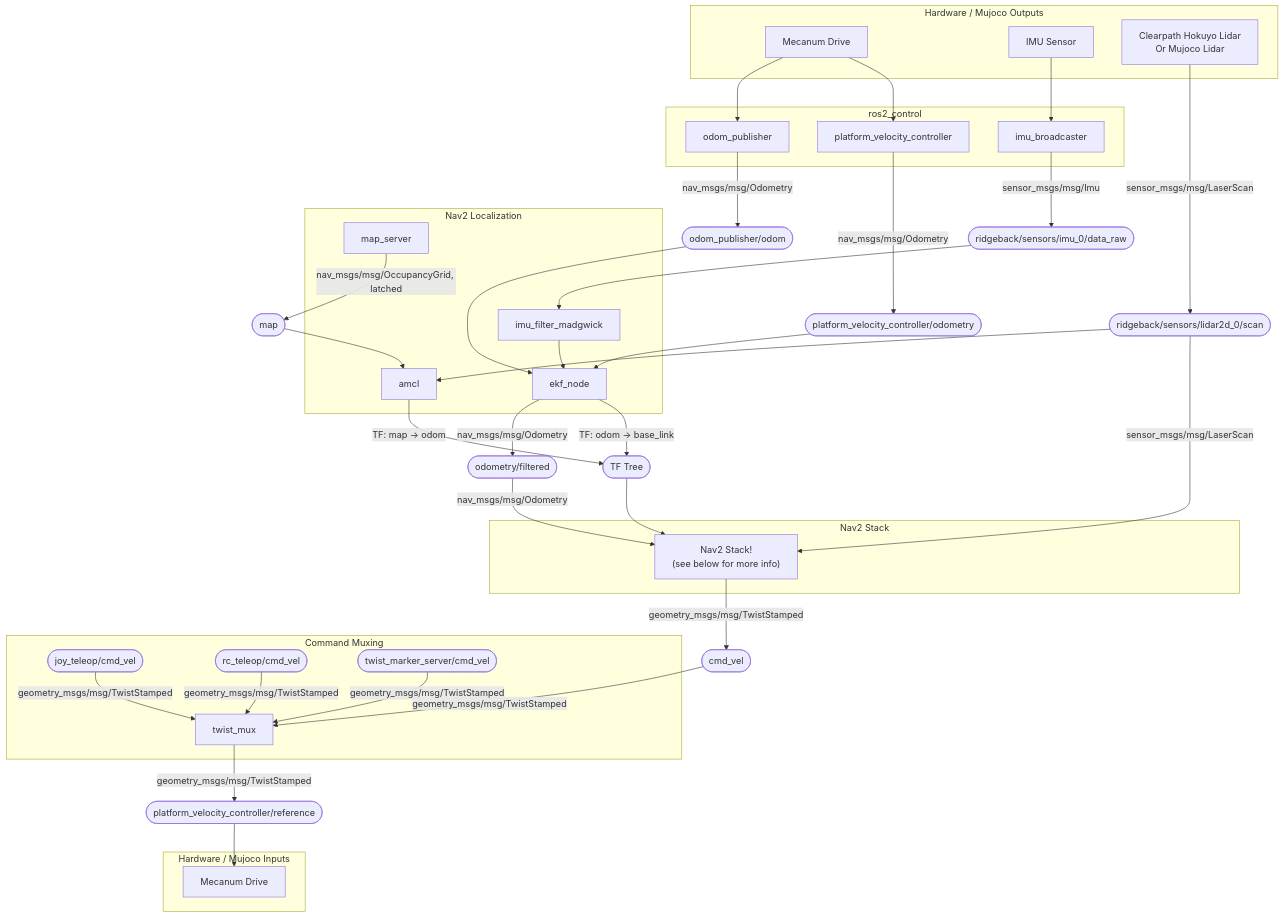
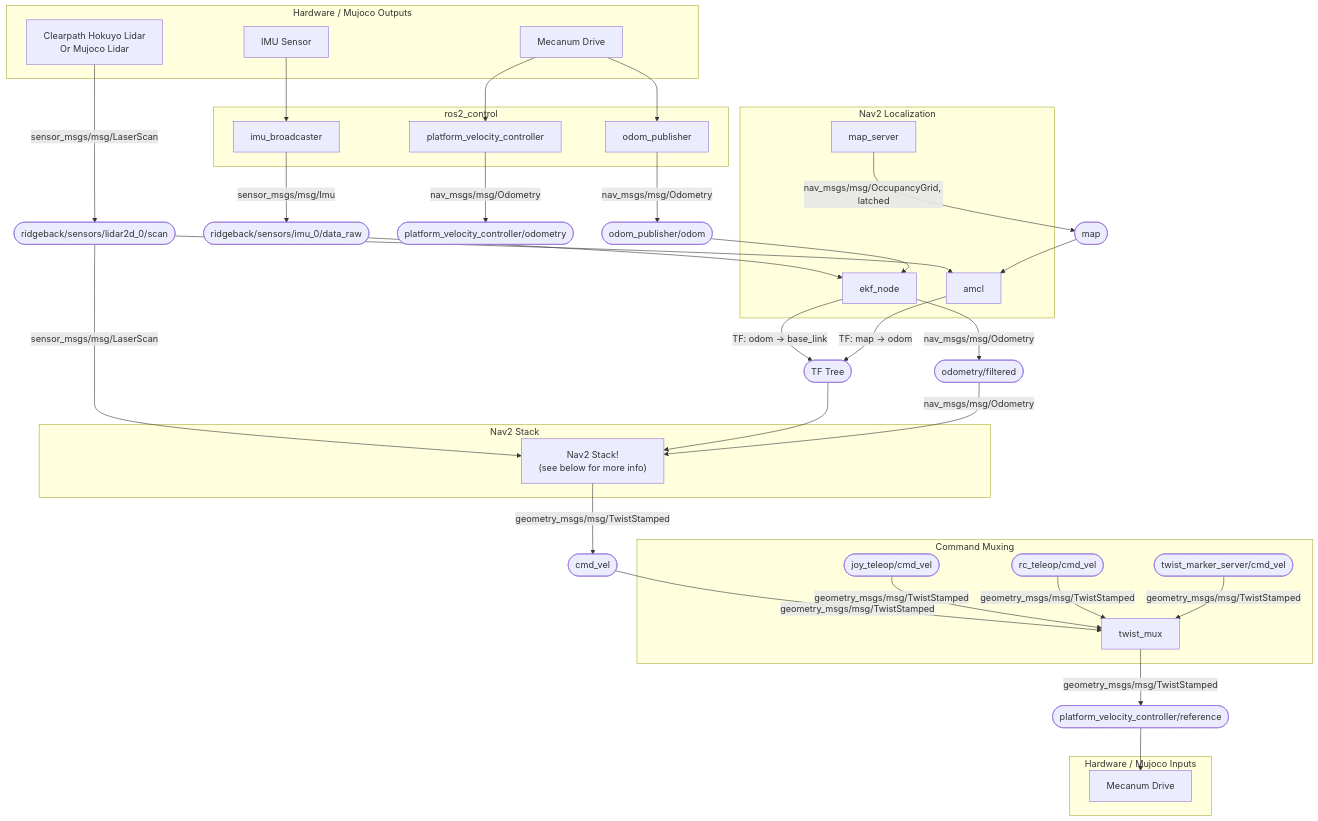
The first of 2 diagrams in README.md (NASA-JSC-Robotics/phoebe_nav2_config), drawn with Mermaid before and after one commit. The commit also changed other lines of this file, not shown here.

Commit message:
Tweak the README

````diff
--- a/README.md
+++ b/README.md
@@ -39,72 +39,69 @@
 ```mermaid
 graph TD
     subgraph Hardware / Mujoco Outputs
         WHEELS[Mecanum Drive]
         IMU_HW[IMU Sensor]
         LIDAR_HW[Clearpath Hokuyo Lidar<br>Or Mujoco Lidar]
     end
 
     subgraph ros2_control
         PVC[platform_velocity_controller]
         ODOM_PUB[odom_publisher]
         IMU_BC[imu_broadcaster]
     end
 
     WHEELS --> PVC
     WHEELS --> ODOM_PUB
     IMU_HW --> IMU_BC
     LIDAR_HW -->|sensor_msgs/msg/LaserScan| LIDAR_TOPIC([ridgeback/sensors/lidar2d_0/scan])
 
     PVC -->|nav_msgs/msg/Odometry| ODOM_TOPIC([platform_velocity_controller/odometry])
     ODOM_PUB -->|nav_msgs/msg/Odometry| ODOM2_TOPIC([odom_publisher/odom])
     IMU_BC -->|sensor_msgs/msg/Imu| IMU_TOPIC([ridgeback/sensors/imu_0/data_raw])
 
     subgraph Nav2 Localization
-        IMU_FILTER[imu_filter_madgwick]
         EKF[ekf_node]
         MAP_SERVER[map_server]
         AMCL[amcl]
     end
 
-    IMU_TOPIC --> IMU_FILTER
-    IMU_FILTER --> EKF
-    ODOM_TOPIC --> EKF
+    IMU_TOPIC --> EKF
     ODOM2_TOPIC --> EKF
 
     EKF -->|"TF: odom -> base_link"| TF_TREE([TF Tree])
     EKF -->|nav_msgs/msg/Odometry| FILTERED_ODOM([odometry/filtered])
 
     MAP_SERVER -->|nav_msgs/msg/OccupancyGrid, latched| MAP_TOPIC([map])
     LIDAR_TOPIC --> AMCL
     MAP_TOPIC --> AMCL
     AMCL -->|"TF: map -> odom"| TF_TREE
 
     subgraph Nav2 Stack
         NAV["Nav2 Stack! <br> (see below for more info)"]
     end
 
     LIDAR_TOPIC -->|sensor_msgs/msg/LaserScan| NAV
     TF_TREE --> NAV
     FILTERED_ODOM -->|nav_msgs/msg/Odometry| NAV
 
     NAV -->|geometry_msgs/msg/TwistStamped| CMD_VEL([cmd_vel])
 
     subgraph Command Muxing
         TWIST_MUX[twist_mux]
         JOY([joy_teleop/cmd_vel])
         RC([rc_teleop/cmd_vel])
         TWIST_SRV([twist_marker_server/cmd_vel])
     end
 
     CMD_VEL -->|geometry_msgs/msg/TwistStamped| TWIST_MUX
     JOY -->|geometry_msgs/msg/TwistStamped| TWIST_MUX
     RC -->|geometry_msgs/msg/TwistStamped| TWIST_MUX
     TWIST_SRV -->|geometry_msgs/msg/TwistStamped| TWIST_MUX
 
     TWIST_MUX -->|geometry_msgs/msg/TwistStamped| REF_TOPIC([platform_velocity_controller/reference])
     REF_TOPIC --> PVC_INPUT
 
     subgraph Hardware / Mujoco Inputs
         PVC_INPUT[Mecanum Drive]
     end
 ```
````
